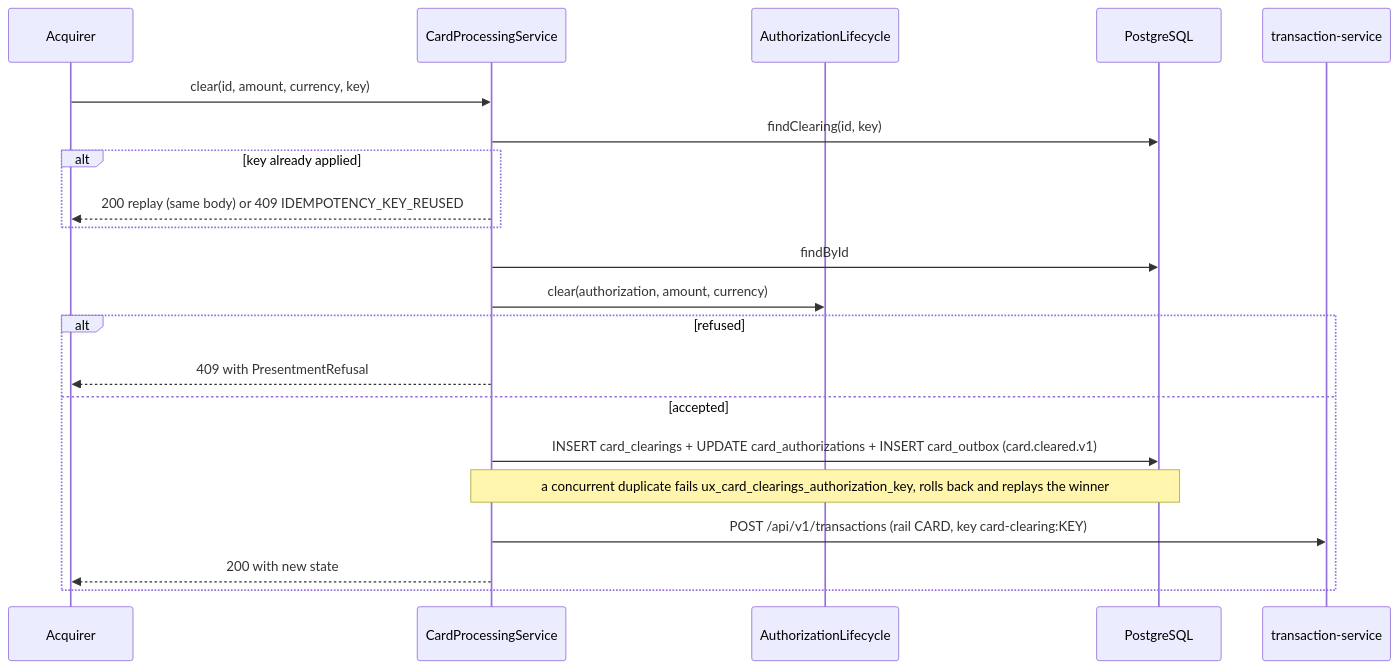
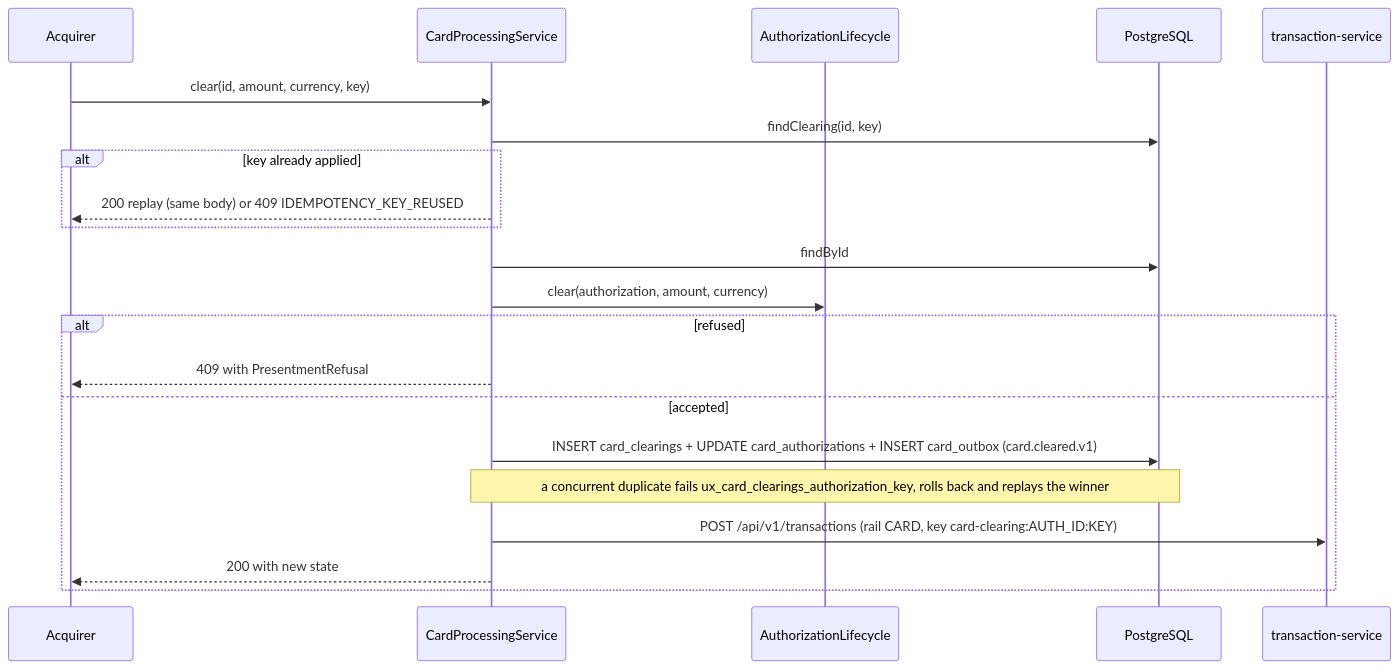
The fourth of 5 diagrams in openbank-card-processing-service/src/main/resources/docs/02-architecture.en.md (JiRaska/open-bank-oss), drawn with Mermaid before and after one commit. The commit also changed other lines of this file and 22 other files, not shown here.

First line of the commit message:
fix(card-processing): serialise concurrent clearings and scope the ledger key

````diff
--- a/openbank-card-processing-service/src/main/resources/docs/02-architecture.en.md
+++ b/openbank-card-processing-service/src/main/resources/docs/02-architecture.en.md
@@ -123,24 +123,24 @@
 ```mermaid
 sequenceDiagram
   participant A as Acquirer
   participant S as CardProcessingService
   participant L as AuthorizationLifecycle
   participant DB as PostgreSQL
   participant T as transaction-service
 
   A->>S: clear(id, amount, currency, key)
   S->>DB: findClearing(id, key)
   alt key already applied
     S-->>A: 200 replay (same body) or 409 IDEMPOTENCY_KEY_REUSED
   end
   S->>DB: findById
   S->>L: clear(authorization, amount, currency)
   alt refused
     S-->>A: 409 with PresentmentRefusal
   else accepted
     S->>DB: INSERT card_clearings + UPDATE card_authorizations + INSERT card_outbox (card.cleared.v1)
     Note over S,DB: a concurrent duplicate fails ux_card_clearings_authorization_key, rolls back and replays the winner
-    S->>T: POST /api/v1/transactions (rail CARD, key card-clearing:KEY)
+    S->>T: POST /api/v1/transactions (rail CARD, key card-clearing:AUTH_ID:KEY)
     S-->>A: 200 with new state
   end
 ```
````
